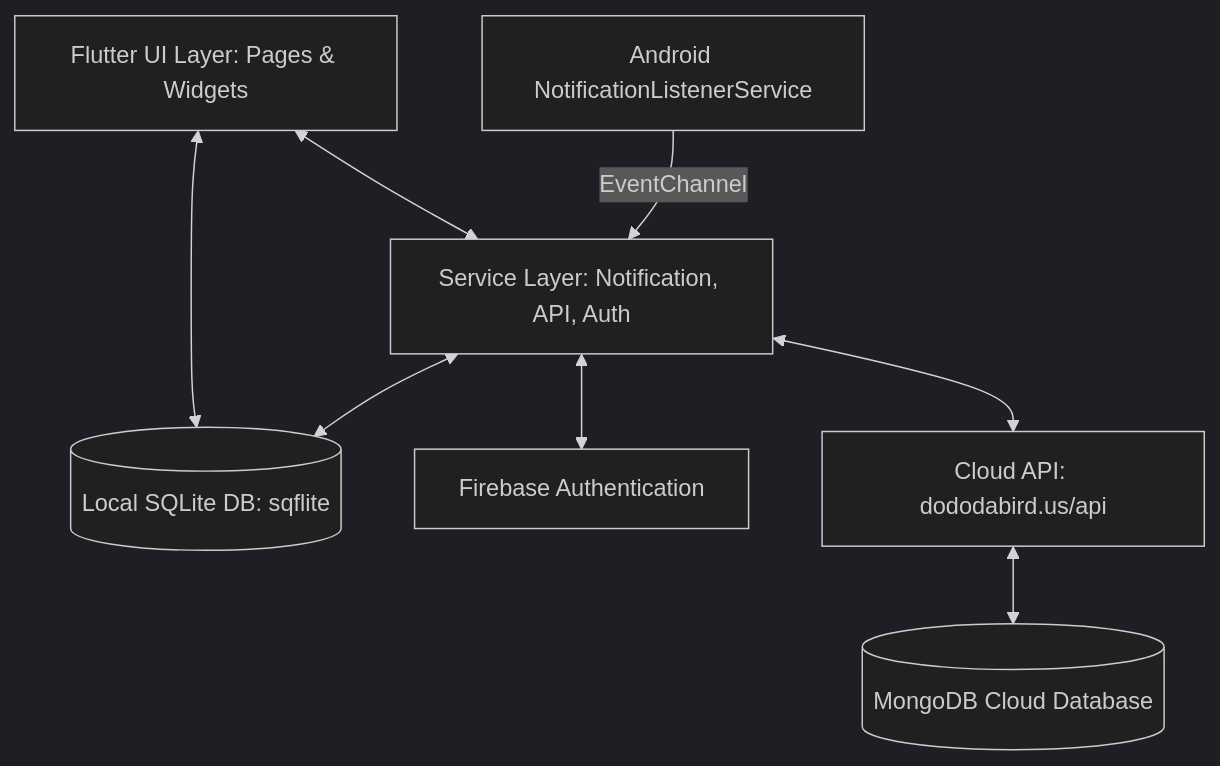
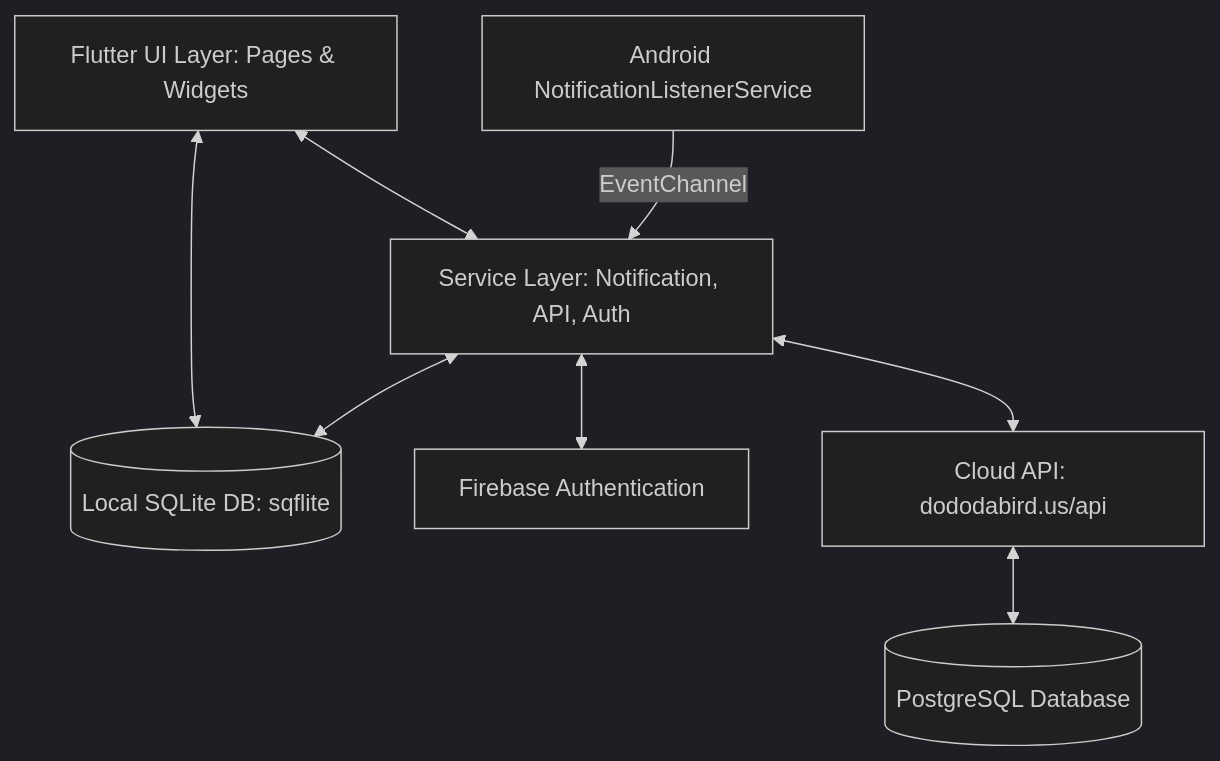
Before and after one commit to DODODABIRD/Expense_App_Personal: the first of 4 diagrams in backend/Documentation.md, drawn with Mermaid (dark theme). The commit also changed other lines of this file and 30 other files, not shown here.

````diff
--- a/backend/Documentation.md
+++ b/backend/Documentation.md
@@ -28,10 +28,10 @@
 ```mermaid
 graph TD
     UI[Flutter UI Layer: Pages & Widgets] <--> DB[(Local SQLite DB: sqflite)]
     UI <--> Services[Service Layer: Notification, API, Auth]
     Services <--> DB
     Services <--> Firebase[Firebase Authentication]
     Services <--> Backend[Cloud API: dododabird.us/api]
-    Backend <--> Mongo[(MongoDB Cloud Database)]
+    Backend <--> PG[(PostgreSQL Database)]
     AndroidNative[Android NotificationListenerService] -->|EventChannel| Services
 ```
````
